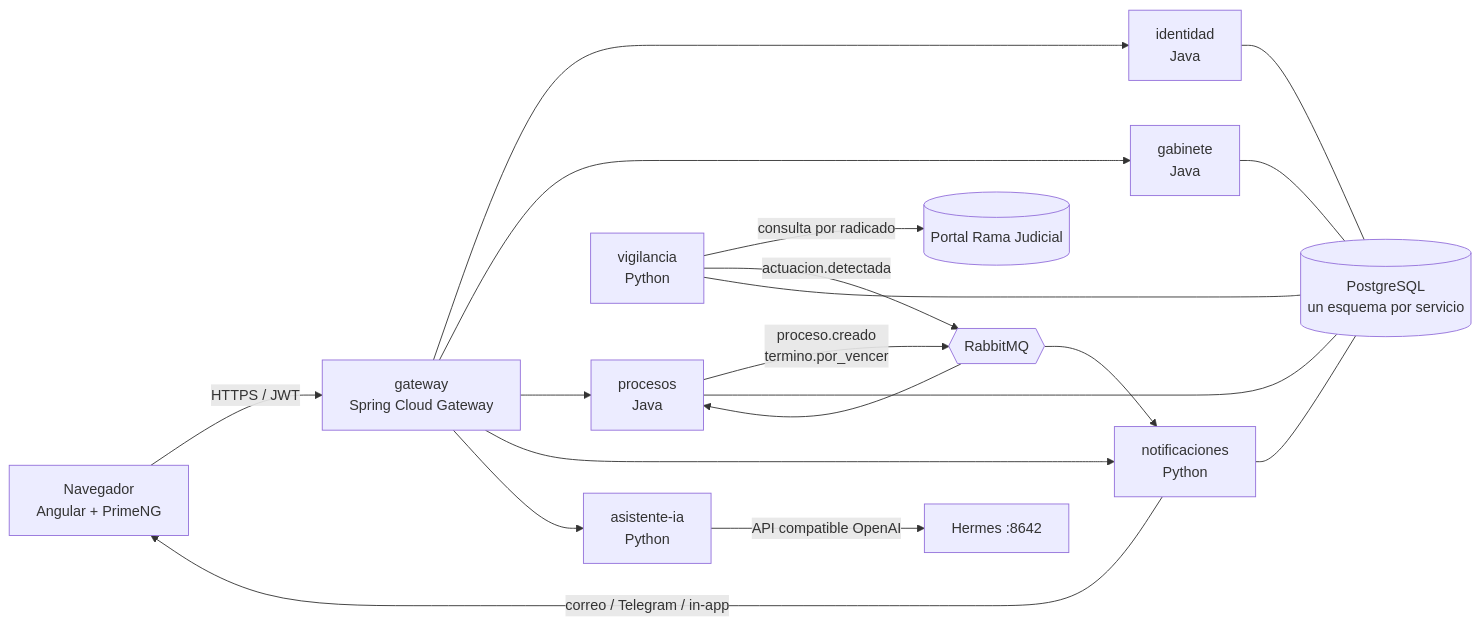
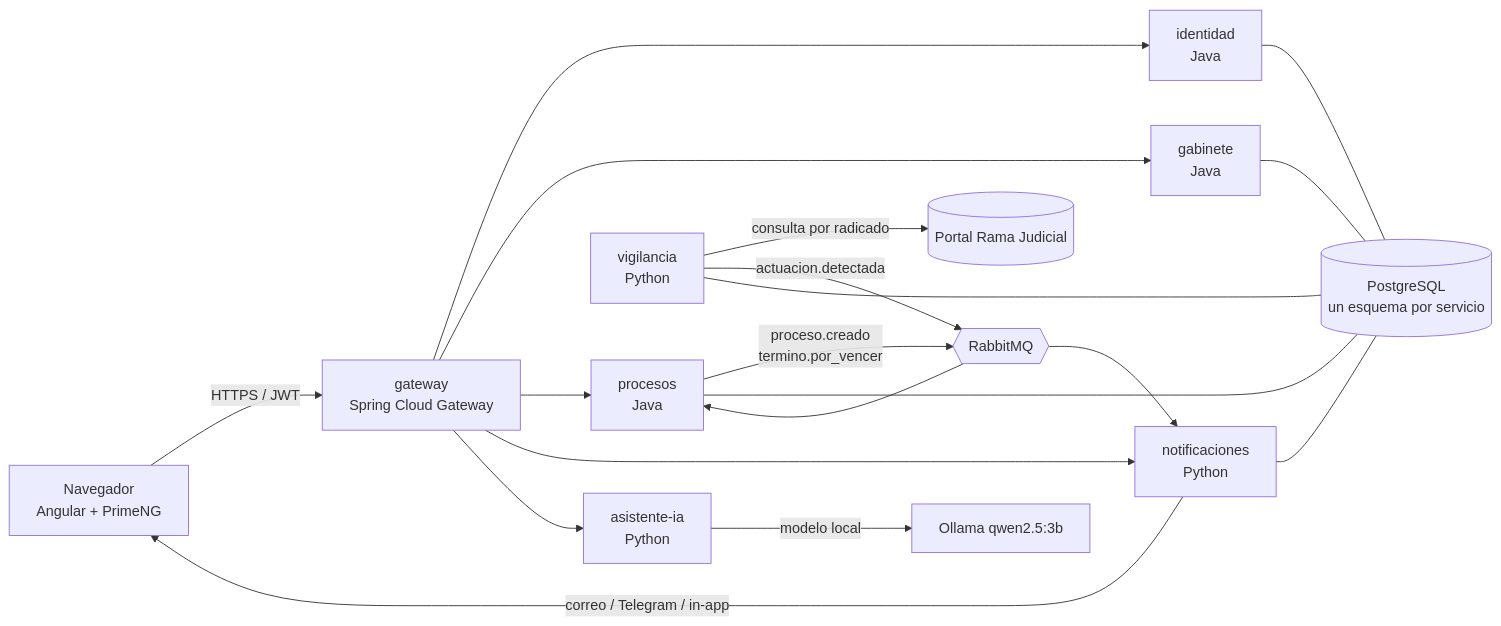
Before and after one commit to Javier407/Abogados: the diagram in docs/02-arquitectura.md, drawn with Mermaid. The commit also changed other lines of this file and 69 other files, not shown here.

First line of the commit message:
feat: fase F4 (en curso), asistente con modelo local, peritos, tarifas, honorarios y pagos

````diff
--- a/docs/02-arquitectura.md
+++ b/docs/02-arquitectura.md
@@ -29,23 +29,23 @@
 ```mermaid
 flowchart LR
     U[Navegador<br/>Angular + PrimeNG] -->|HTTPS / JWT| GW[gateway<br/>Spring Cloud Gateway]
     GW --> ID[identidad<br/>Java]
     GW --> GA[gabinete<br/>Java]
     GW --> PR[procesos<br/>Java]
     GW --> NO[notificaciones<br/>Python]
     GW --> IA[asistente-ia<br/>Python]
 
     VI[vigilancia<br/>Python] -->|consulta por radicado| RJ[(Portal Rama Judicial)]
     VI -->|actuacion.detectada| MQ{{RabbitMQ}}
     PR -->|proceso.creado<br/>termino.por_vencer| MQ
     MQ --> PR
     MQ --> NO
     NO -->|correo / Telegram / in-app| U
-    IA -->|API compatible OpenAI| HE[Hermes :8642]
+    IA -->|modelo local| OL[Ollama qwen2.5:3b]
 
     ID --- DB[(PostgreSQL<br/>un esquema por servicio)]
     GA --- DB
     PR --- DB
     VI --- DB
     NO --- DB
 ```
````
